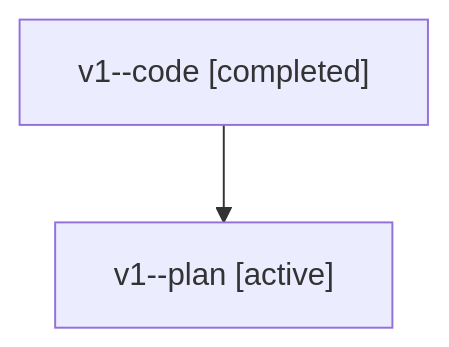
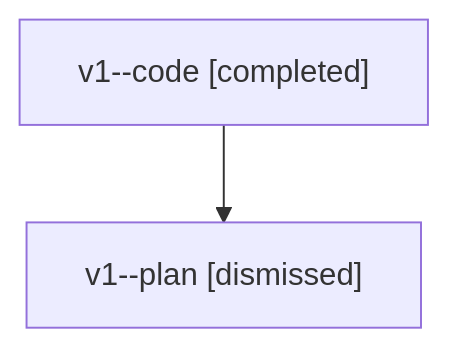
One commit to sase-org/sase--agents changed the diagram in sessions/bbugyi200.athena.v1.md. Above: the diagram before and after it, drawn with Mermaid. The commit also changed other lines of this file and 36 other files, not shown here.

````diff
--- a/sessions/bbugyi200.athena.v1.md
+++ b/sessions/bbugyi200.athena.v1.md
@@ -9,6 +9,6 @@
 ```mermaid
 flowchart TD
   n0["v1--code [completed]"]
-  n1["v1--plan [active]"]
+  n1["v1--plan [dismissed]"]
   n0 --> n1
 ```
````
